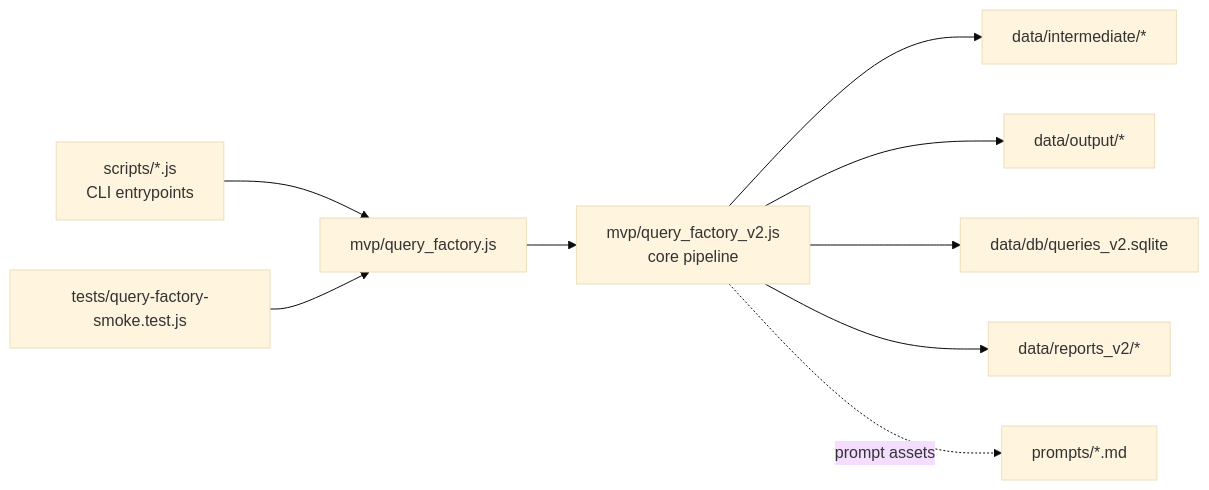
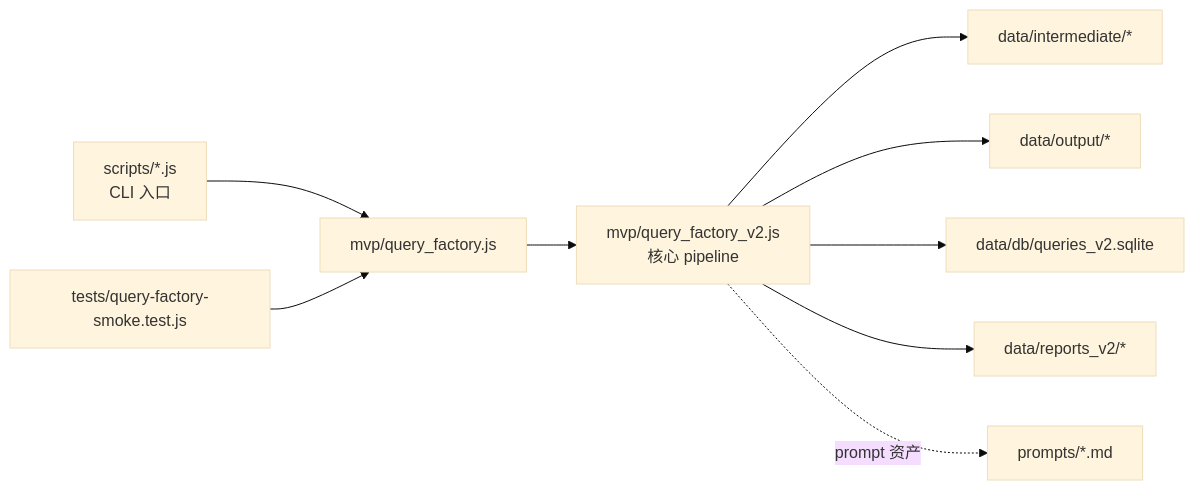
One commit to PlevanTem/queryMaker changed the second of 2 diagrams in README.md. Above: the diagram before and after it, drawn with Mermaid (base theme). The commit also changed other lines of this file and 1 other file, not shown here.

````diff
--- a/README.md
+++ b/README.md
@@ -299,11 +168,11 @@
 ```mermaid
 flowchart LR
-    A["scripts/*.js\nCLI entrypoints"] --> B["mvp/query_factory.js"]
-    B --> C["mvp/query_factory_v2.js\ncore pipeline"]
+    A["scripts/*.js<br/>CLI 入口"] --> B["mvp/query_factory.js"]
+    B --> C["mvp/query_factory_v2.js<br/>核心 pipeline"]
     C --> D["data/intermediate/*"]
     C --> E["data/output/*"]
     C --> F["data/db/queries_v2.sqlite"]
     C --> G["data/reports_v2/*"]
-    C -. prompt assets .-> H["prompts/*.md"]
+    C -. prompt 资产 .-> H["prompts/*.md"]
     T["tests/query-factory-smoke.test.js"] --> B
 ```
````
